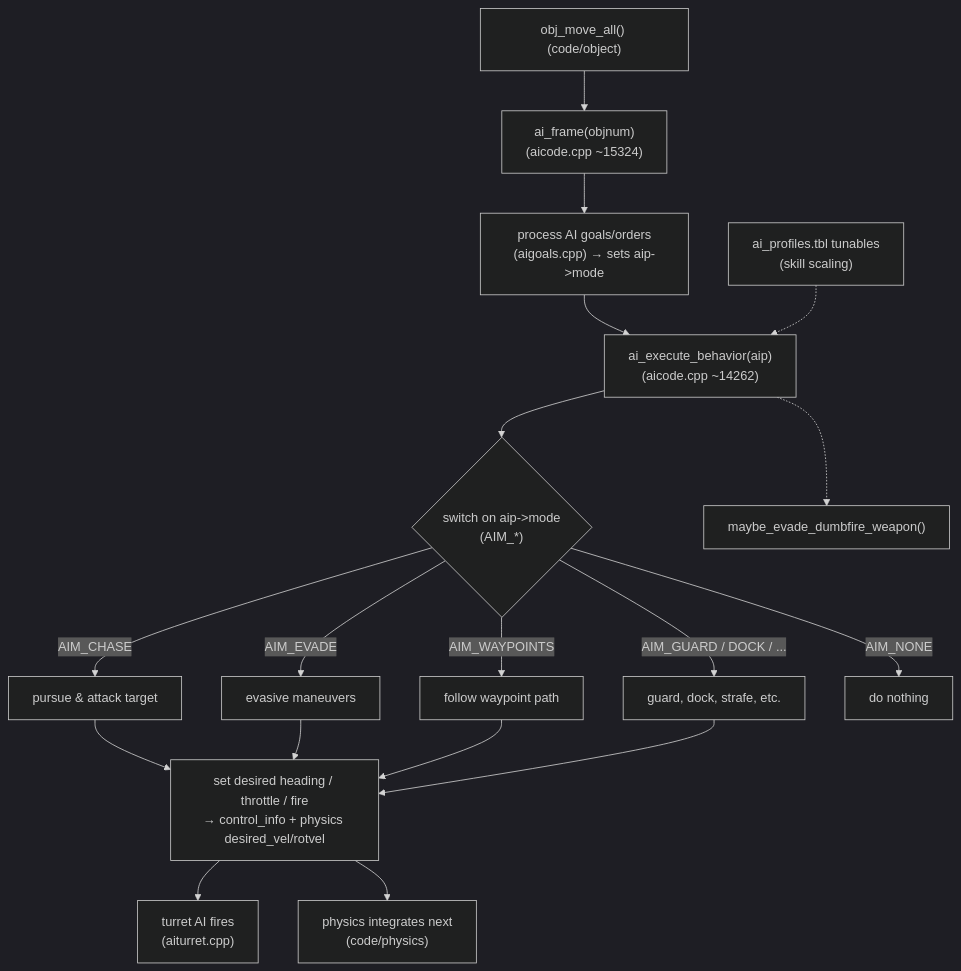
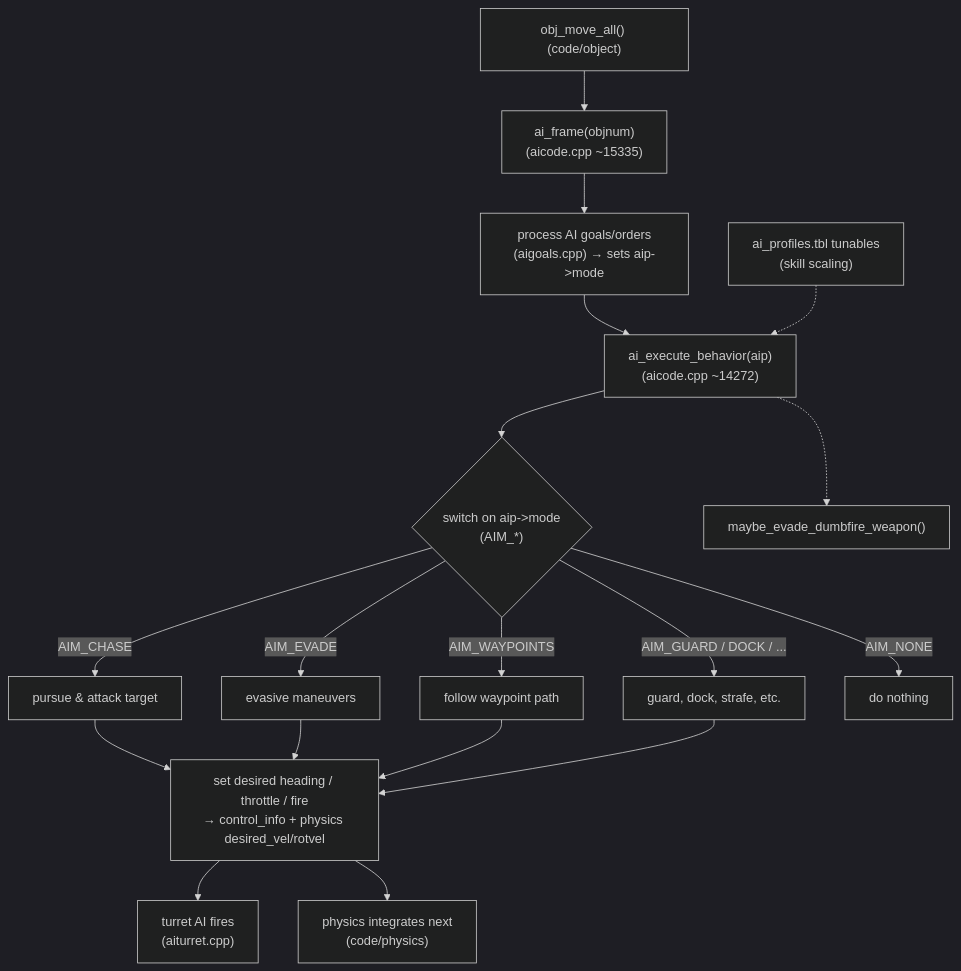
One commit to scp-fs2open/fs2open.github.com changed the diagram in documentation/modules/ai.md. Above: the diagram before and after it, drawn with Mermaid (dark theme). The commit also changed other lines of this file and 7 other files, not shown here.

````diff
--- a/documentation/modules/ai.md
+++ b/documentation/modules/ai.md
@@ -37,20 +37,20 @@
 ```mermaid
 flowchart TD
-    move["obj_move_all() (code/object)"] --> frame["ai_frame(objnum)<br/>(aicode.cpp ~15324)"]
+    move["obj_move_all() (code/object)"] --> frame["ai_frame(objnum)<br/>(aicode.cpp ~15335)"]
     frame --> goals["process AI goals/orders<br/>(aigoals.cpp) → sets aip->mode"]
-    goals --> exec["ai_execute_behavior(aip)<br/>(aicode.cpp ~14262)"]
+    goals --> exec["ai_execute_behavior(aip)<br/>(aicode.cpp ~14272)"]
     exec --> mode{"switch on aip->mode<br/>(AIM_*)"}
     mode -->|AIM_CHASE| chase["pursue & attack target"]
     mode -->|AIM_EVADE| evade["evasive maneuvers"]
     mode -->|AIM_WAYPOINTS| wp["follow waypoint path"]
     mode -->|AIM_GUARD / DOCK / ...| other["guard, dock, strafe, etc."]
     mode -->|AIM_NONE| idle["do nothing"]
     chase --> out
     evade --> out
     wp --> out
     other --> out
     profile["ai_profiles.tbl tunables<br/>(skill scaling)"] -.-> exec
     exec -.-> evade2["maybe_evade_dumbfire_weapon()"]
     out["set desired heading / throttle / fire<br/>→ control_info + physics desired_vel/rotvel"] --> turret["turret AI fires<br/>(aiturret.cpp)"]
     out --> phys["physics integrates next<br/>(code/physics)"]
 ```
````
